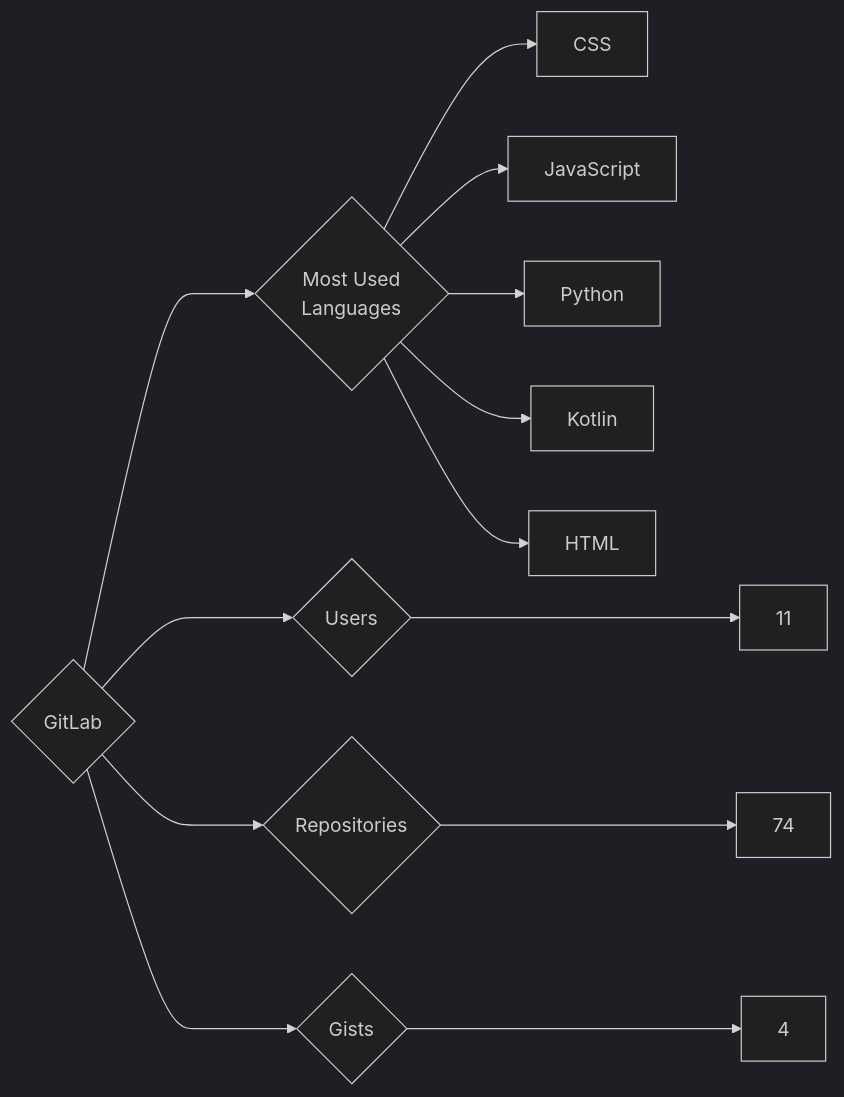
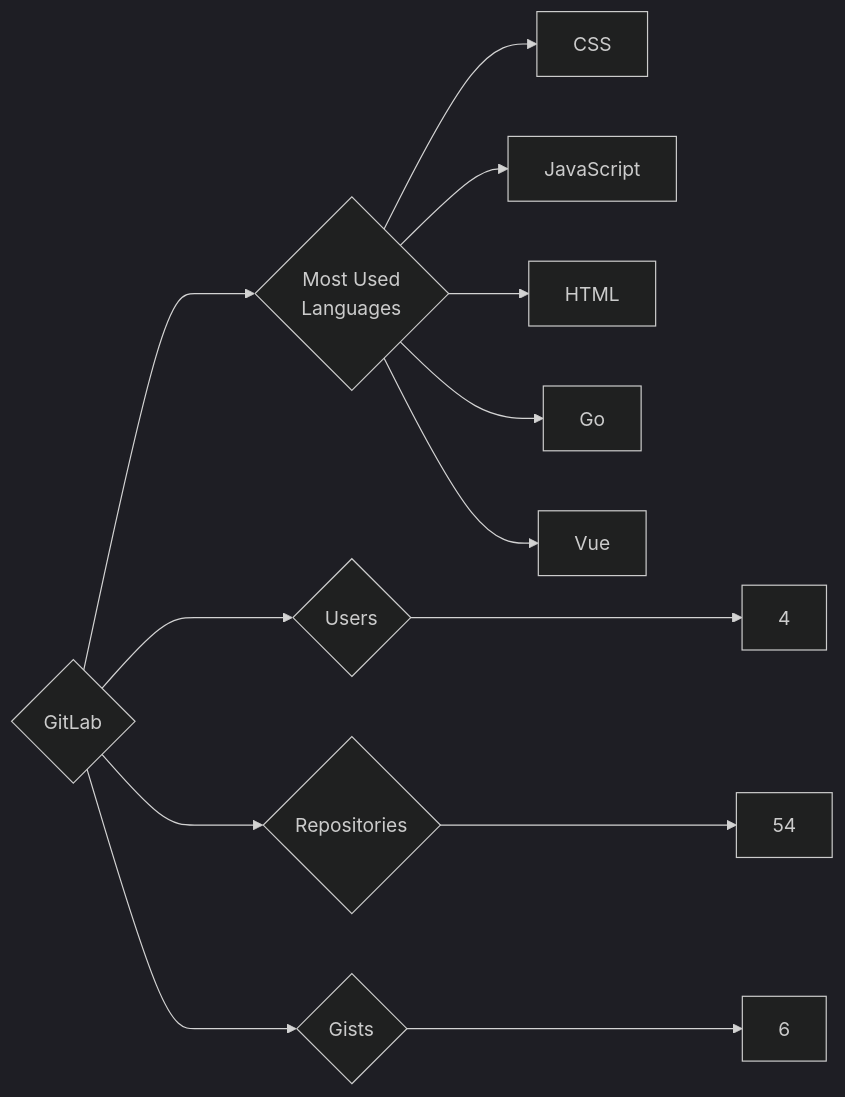
One commit to trickest/insiders changed the diagram in targets/GitLab/README.md. Above: the diagram before and after it, drawn with Mermaid (dark theme). The commit also changed 880 other files, not shown here.

````diff
--- a/targets/GitLab/README.md
+++ b/targets/GitLab/README.md
@@ -3,13 +3,13 @@
 ```mermaid
 graph LR
 COMPANY_NAME{GitLab}
-COMPANY_NAME ---> U{Users} ---> UN[11]
-COMPANY_NAME ---> R{Repositories} ---> RN[74]
-COMPANY_NAME ---> G{Gists} ---> GN[4]
+COMPANY_NAME ---> U{Users} ---> UN[4]
+COMPANY_NAME ---> R{Repositories} ---> RN[54]
+COMPANY_NAME ---> G{Gists} ---> GN[6]
 COMPANY_NAME ---> ML{Most Used<br>Languages}
 ML --> CSS[CSS]
 ML --> JavaScript[JavaScript]
-ML --> Python[Python]
-ML --> Kotlin[Kotlin]
 ML --> HTML[HTML]
+ML --> Go[Go]
+ML --> Vue[Vue]
 ```
````
